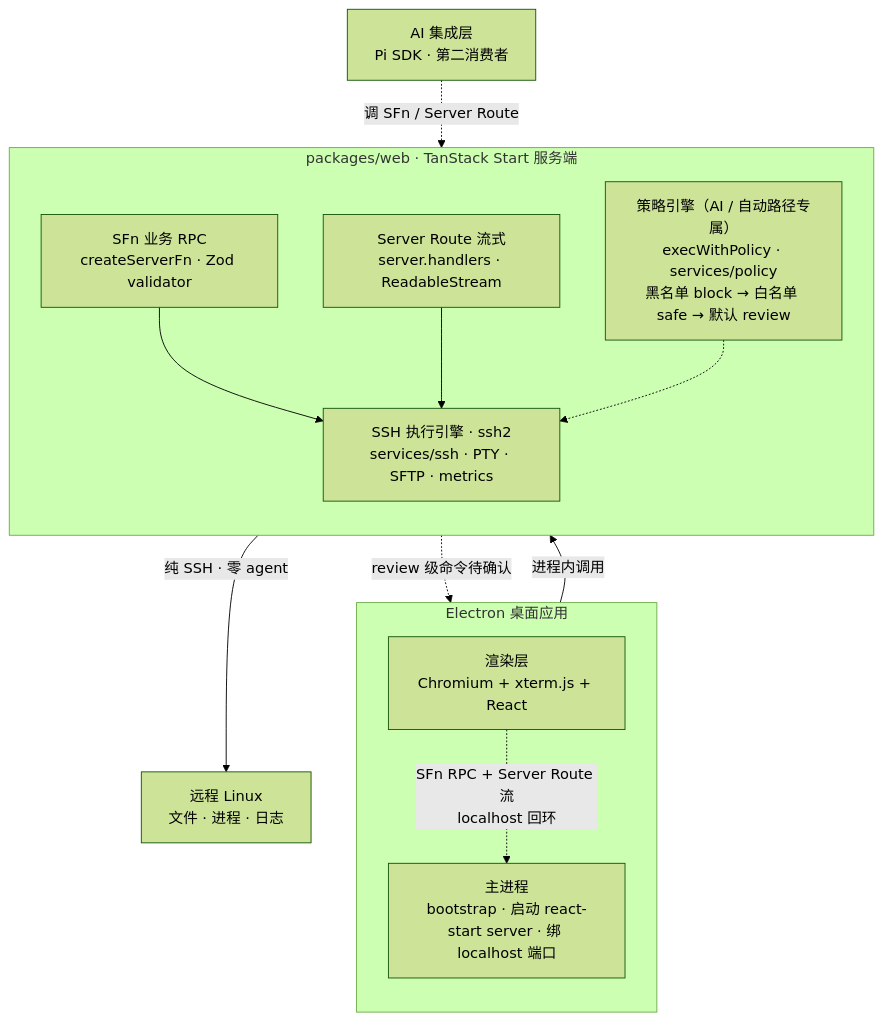
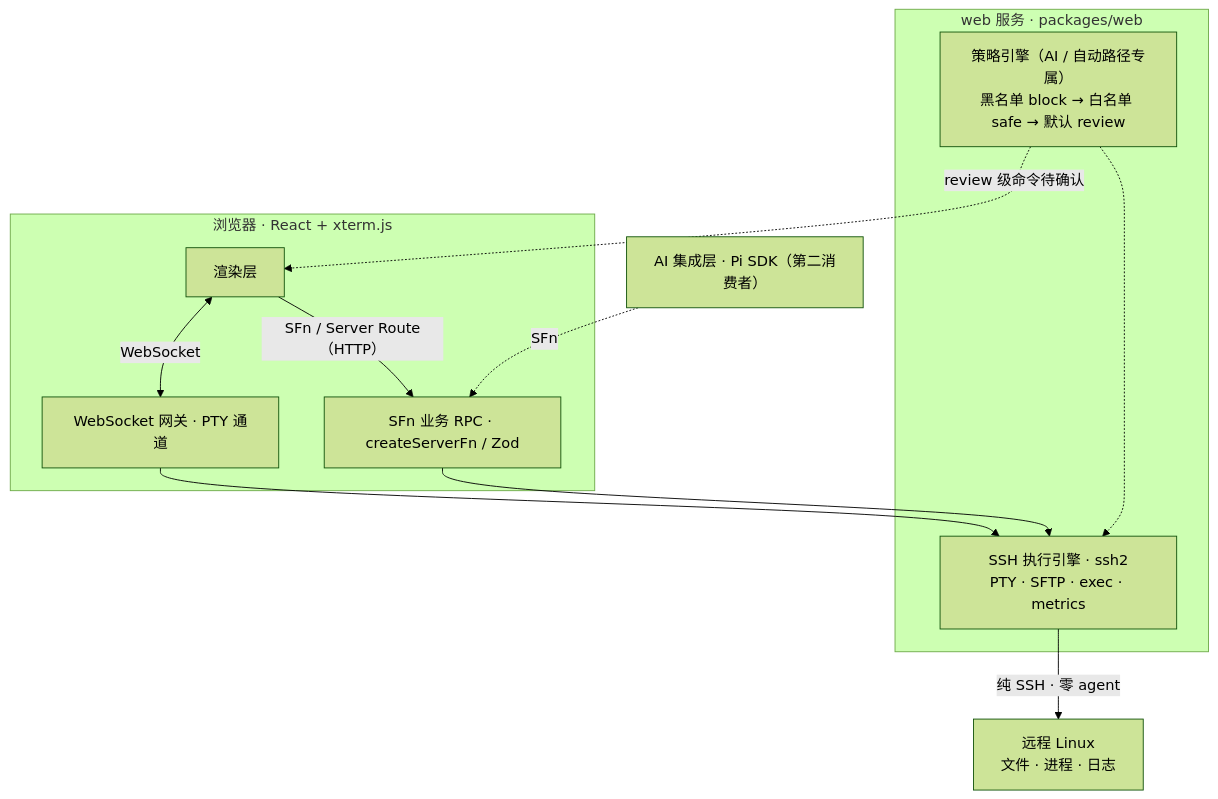
Before and after one commit to lvyueyang/sshos: the diagram in docs/02-技术架构.md, drawn with Mermaid (forest theme). The commit also changed other lines of this file and 10 other files, not shown here.

````diff
--- a/docs/02-技术架构.md
+++ b/docs/02-技术架构.md
@@ -46,38 +33,28 @@
 ```mermaid
 flowchart TB
-    subgraph Desktop["Electron 桌面应用"]
-        direction TB
-        R["渲染层
-Chromium + xterm.js + React"]
-        M["主进程
-bootstrap · 启动 react-start server · 绑 localhost 端口"]
-        R -.->|"SFn RPC + Server Route 流
-localhost 回环"| M
+    subgraph Browser["浏览器 · React + xterm.js"]
+        R["渲染层"]
+        R <-->|"WebSocket"| WS
+        R -->|"SFn / Server Route（HTTP）"| SFN
     end
 
-    subgraph Web["packages/web · TanStack Start 服务端"]
-        direction TB
-        SFN["SFn 业务 RPC
-createServerFn · Zod validator"]
-        SR["Server Route 流式
-server.handlers · ReadableStream"]
+    subgraph Web["web 服务 · packages/web"]
+        WS["WebSocket 网关 · PTY 通道"]
+        SFN["SFn 业务 RPC · createServerFn / Zod"]
         PE["策略引擎（AI / 自动路径专属）
-execWithPolicy · services/policy
 黑名单 block → 白名单 safe → 默认 review"]
         SSH["SSH 执行引擎 · ssh2
-services/ssh · PTY · SFTP · metrics"]
+PTY · SFTP · exec · metrics"]
+        WS --> SSH
         SFN --> SSH
-        SR --> SSH
         PE -.-> SSH
     end
 
-    AI["AI 集成层
-Pi SDK · 第二消费者"]
-    AI -.->|"调 SFn / Server Route"| SFN
+    AI["AI 集成层 · Pi SDK（第二消费者）"]
+    AI -.->|"SFn"| SFN
 
-    M -->|"进程内调用"| SFN
     SSH -->|"纯 SSH · 零 agent"| SERVER["远程 Linux
 文件 · 进程 · 日志"]
 
     PE -.->|"review 级命令待确认"| R
 ```
````
